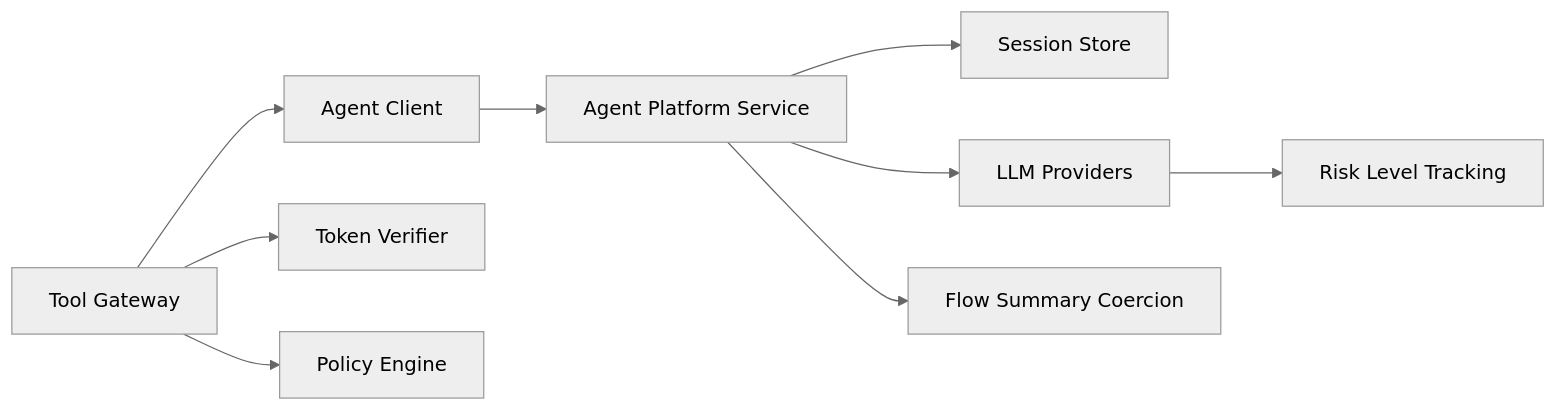
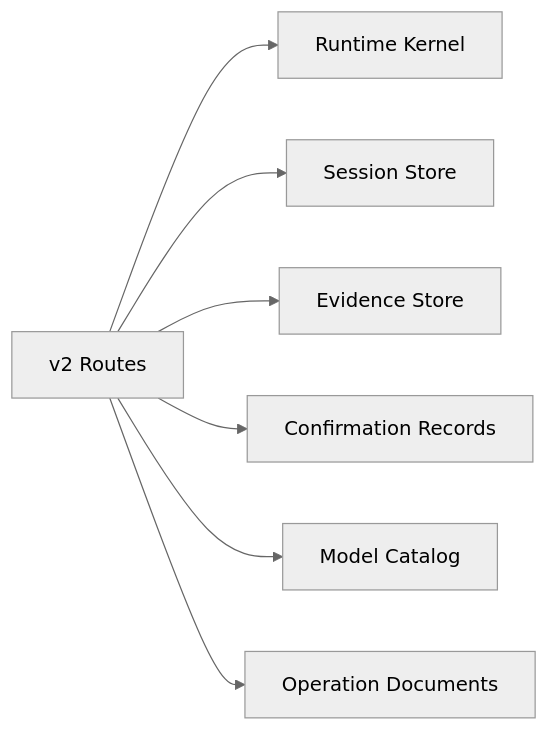
Before and after one commit to metasync/luban-aiops: the third of 3 diagrams in .qoder/repowiki/en/content/API Reference/Agent Platform API/Agent Platform API.md, drawn with Mermaid (neutral theme). The commit also changed other lines of this file and 843 other files, not shown here.

````diff
--- a/.qoder/repowiki/en/content/API Reference/Agent Platform API/Agent Platform API.md
+++ b/.qoder/repowiki/en/content/API Reference/Agent Platform API/Agent Platform API.md
@@ -320,11 +293,9 @@
 ```mermaid
 graph LR
-Gateway["Tool Gateway"] --> AgentClient["Agent Client"]
-Gateway --> TokenVerifier["Token Verifier"]
-Gateway --> PolicyEngine["Policy Engine"]
-AgentClient --> AgentService["Agent Platform Service"]
-AgentService --> SessionStore["Session Store"]
-AgentService --> Providers["LLM Providers"]
-Providers --> RiskLevels["Risk Level Tracking"]
-AgentService --> FlowSummary["Flow Summary Coercion"]
+Routes["v2 Routes"] --> Kernel["Runtime Kernel"]
+Routes --> SessionStore["Session Store"]
+Routes --> EvidenceStore["Evidence Store"]
+Routes --> ConfirmStore["Confirmation Records"]
+Routes --> ModelCatalog["Model Catalog"]
+Routes --> DocStore["Operation Documents"]
 ```
````
